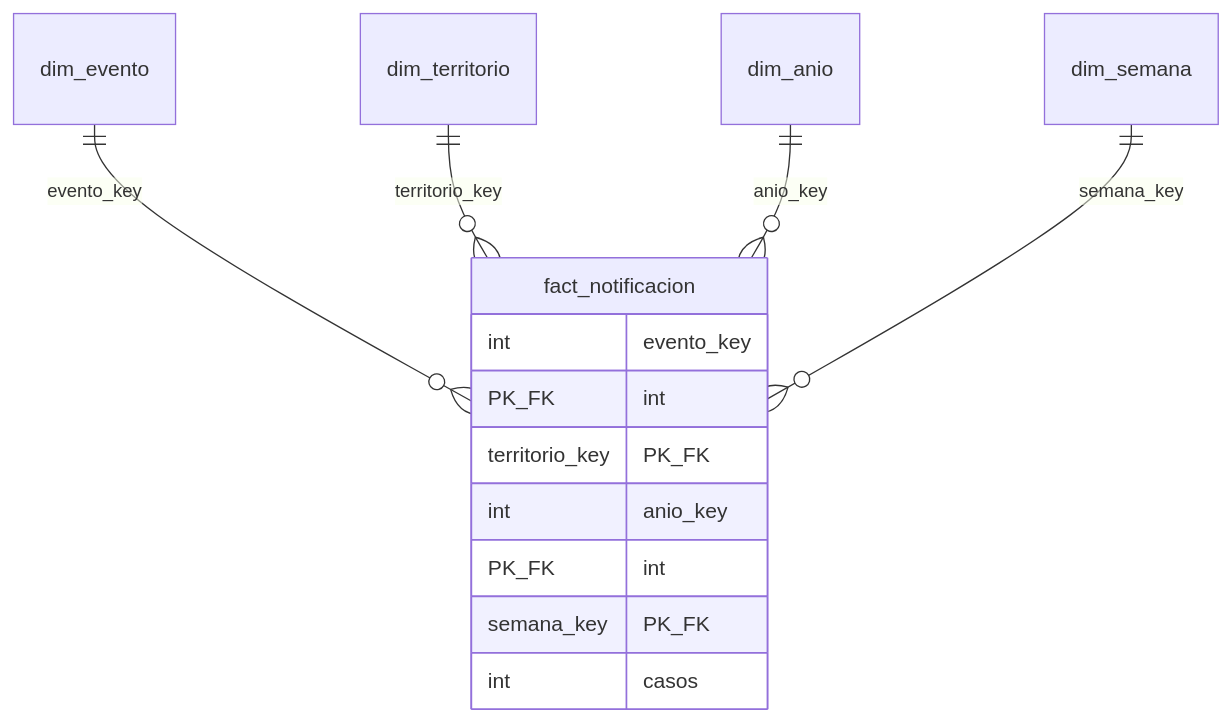
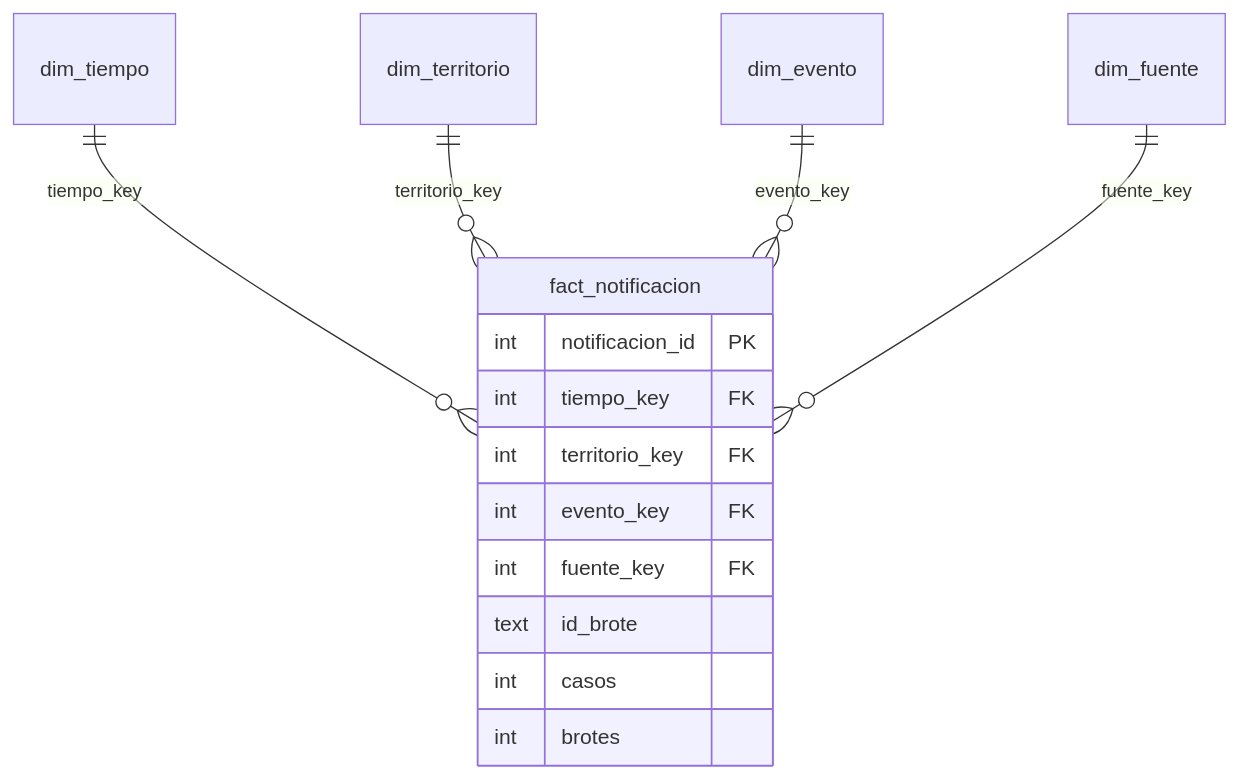
The diagram in docs/olap/modelo_estrella.md (Manmurcia/NexoBio-ETV), drawn with Mermaid before and after one commit. The commit also changed other lines of this file and 10 other files, not shown here.

````diff
--- a/docs/olap/modelo_estrella.md
+++ b/docs/olap/modelo_estrella.md
@@ -5,14 +7,17 @@
 ```mermaid
 erDiagram
-    dim_evento      ||--o{ fact_notificacion : evento_key
-    dim_territorio  ||--o{ fact_notificacion : territorio_key
-    dim_anio        ||--o{ fact_notificacion : anio_key
-    dim_semana      ||--o{ fact_notificacion : semana_key
+    dim_tiempo ||--o{ fact_notificacion : tiempo_key
+    dim_territorio ||--o{ fact_notificacion : territorio_key
+    dim_evento ||--o{ fact_notificacion : evento_key
+    dim_fuente ||--o{ fact_notificacion : fuente_key
     fact_notificacion {
-        int evento_key PK_FK
-        int territorio_key PK_FK
-        int anio_key PK_FK
-        int semana_key PK_FK
+        int notificacion_id PK
+        int tiempo_key FK
+        int territorio_key FK
+        int evento_key FK
+        int fuente_key FK
+        text id_brote
         int casos
+        int brotes
     }
 ```
````
